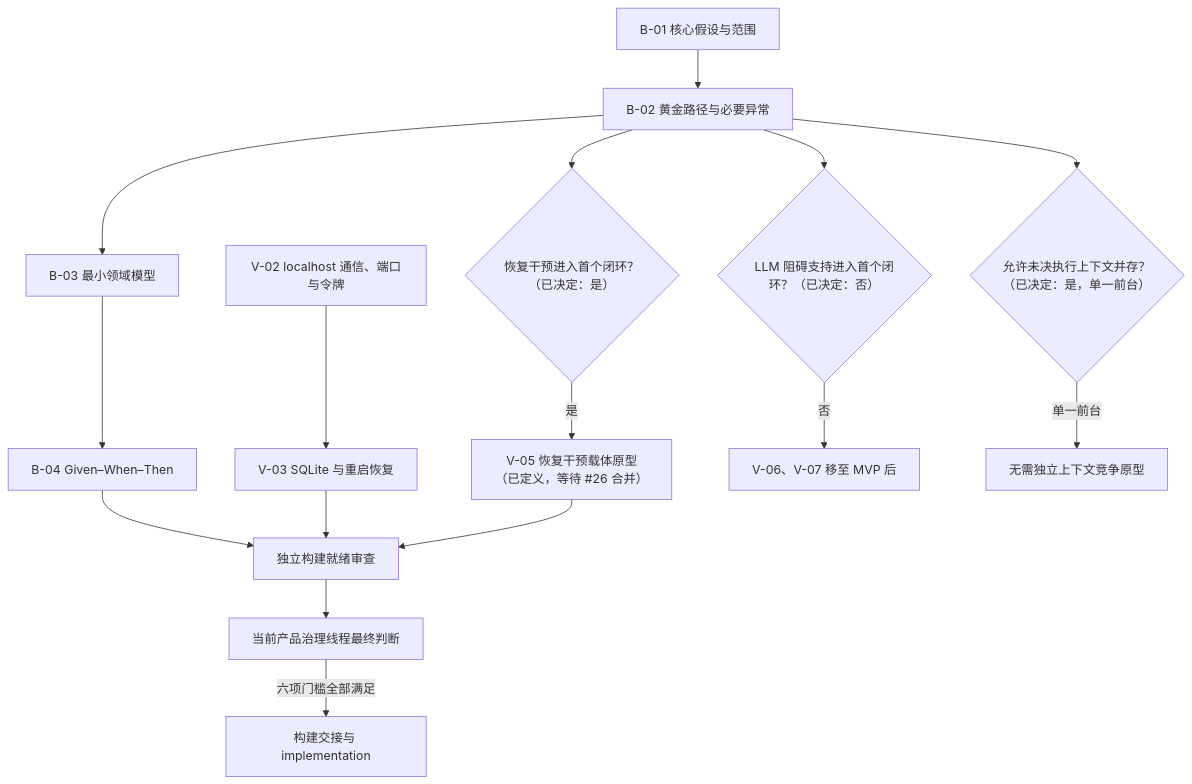
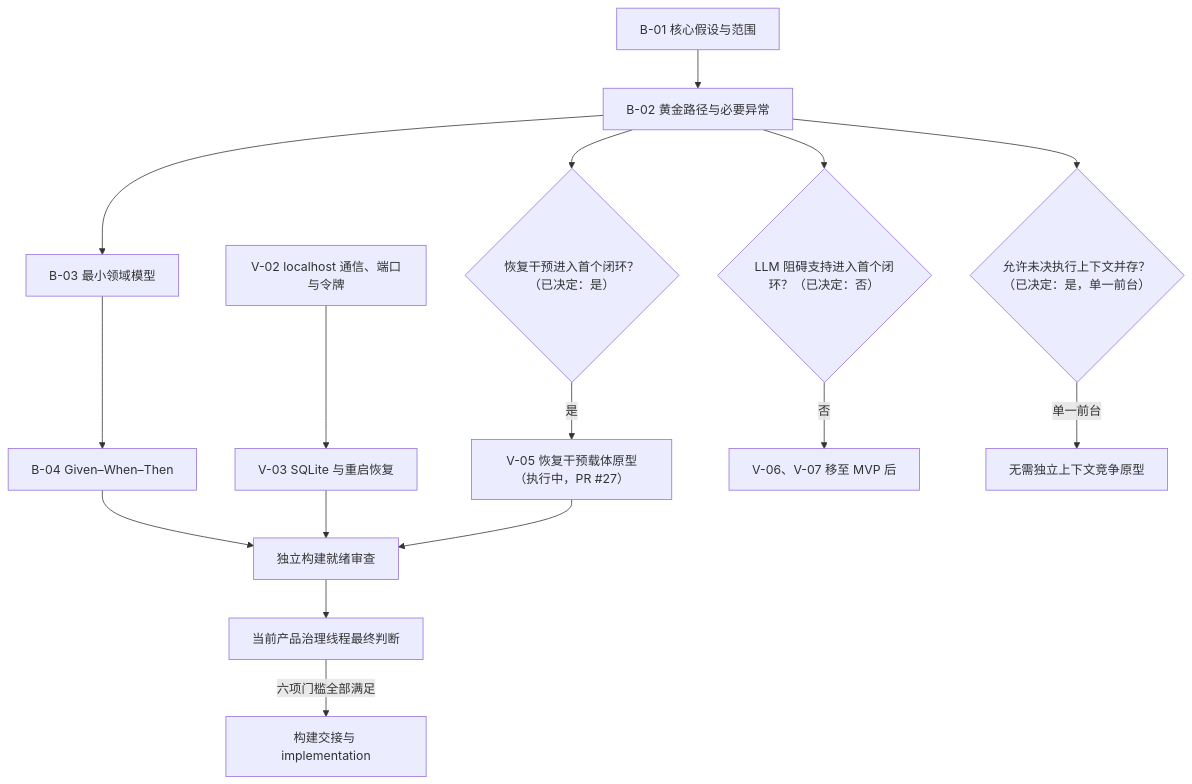
The diagram in docs/product/mvp-session-orchestration.md (Annzival/ADHD-Support-System), drawn with Mermaid before and after one commit. The commit also changed other lines of this file and 1 other file, not shown here.

Commit message:
docs: 校正 V-05 已启动状态

````diff
--- a/docs/product/mvp-session-orchestration.md
+++ b/docs/product/mvp-session-orchestration.md
@@ -33,20 +33,20 @@
 ```mermaid
 flowchart TD
     B01["B-01 核心假设与范围"] --> B02["B-02 黄金路径与必要异常"]
     B02 --> B03["B-03 最小领域模型"]
     B03 --> B04["B-04 Given–When–Then"]
 
     V02["V-02 localhost 通信、端口与令牌"] --> V03["V-03 SQLite 与重启恢复"]
     B02 --> C1{"恢复干预进入首个闭环？（已决定：是）"}
     B02 --> C2{"LLM 阻碍支持进入首个闭环？（已决定：否）"}
     B02 --> C3{"允许未决执行上下文并存？（已决定：是，单一前台）"}
-    C1 -->|是| V05["V-05 恢复干预载体原型（已定义，等待 #26 合并）"]
+    C1 -->|是| V05["V-05 恢复干预载体原型（执行中，PR #27）"]
     C2 -->|否| P2["V-06、V-07 移至 MVP 后"]
     C3 -->|单一前台| P3["无需独立上下文竞争原型"]
 
     B04 --> A["独立构建就绪审查"]
     V03 --> A
     V05 --> A
     A --> G["当前产品治理线程最终判断"]
     G -->|六项门槛全部满足| I["构建交接与 implementation"]
 ```
````
